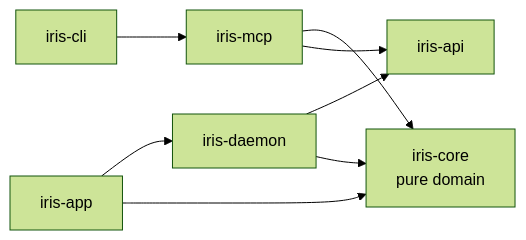
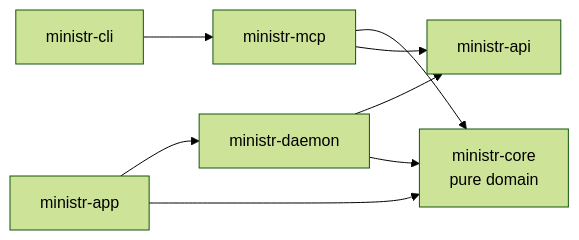
Before and after one commit to OlsonSoftware/ministr: the second of 2 diagrams in docs-next/content/docs/architecture-deep-dive.mdx, drawn with Mermaid (forest theme). The commit also changed other lines of this file and 572 other files, not shown here.

First line of the commit message:
chore: rebrand iris → ministr across entire codebase

````diff
--- a/docs-next/content/docs/architecture-deep-dive.mdx
+++ b/docs-next/content/docs/architecture-deep-dive.mdx
@@ -102,10 +102,10 @@
 ```mermaid
 flowchart LR
-  cli[iris-cli] --> mcp[iris-mcp]
-  mcp --> core[iris-core<br/>pure domain]
-  mcp --> api[iris-api]
-  daemon[iris-daemon] --> api
+  cli[ministr-cli] --> mcp[ministr-mcp]
+  mcp --> core[ministr-core<br/>pure domain]
+  mcp --> api[ministr-api]
+  daemon[ministr-daemon] --> api
   daemon --> core
-  app[iris-app] --> daemon
+  app[ministr-app] --> daemon
   app --> core
 ```
````
